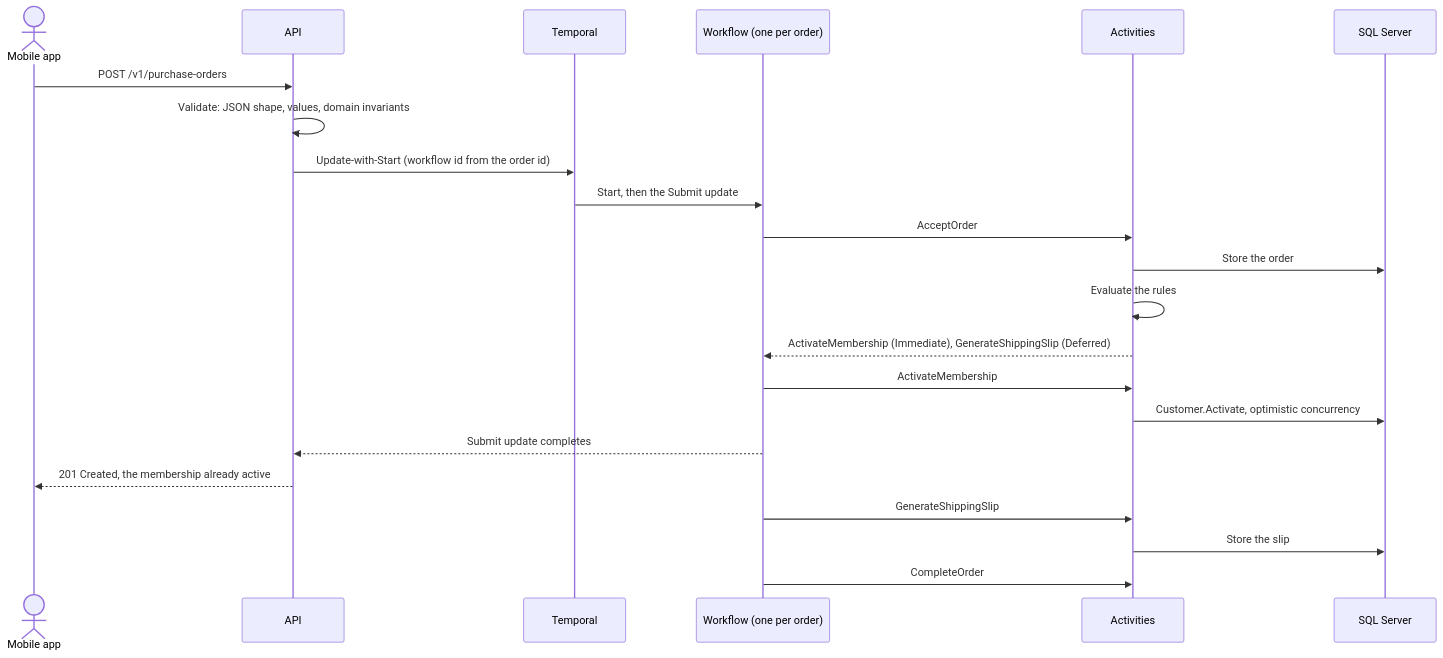
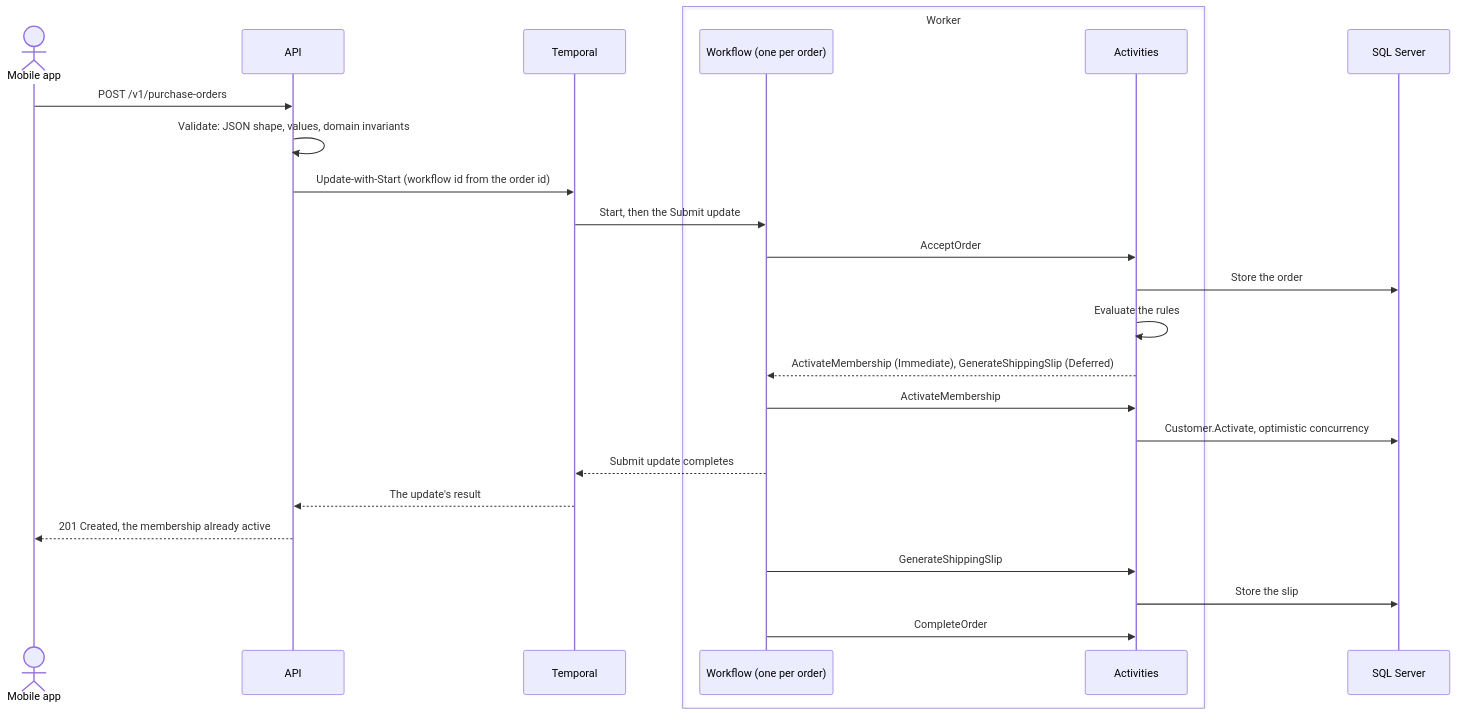
One commit to RemusDutulescu/fbv-kata changed the diagram in README.md. Above: the diagram before and after it, drawn with Mermaid. The commit also changed other lines of this file and 10 other files, not shown here.

````diff
--- a/README.md
+++ b/README.md
@@ -52,25 +72,28 @@
 ```mermaid
 sequenceDiagram
     actor Client as Mobile app
     participant API
     participant Temporal
-    participant Workflow as Workflow (one per order)
-    participant Activities
+    box Worker
+        participant Workflow as Workflow (one per order)
+        participant Activities
+    end
     participant SQL as SQL Server
 
     Client->>API: POST /v1/purchase-orders
     API->>API: Validate: JSON shape, values, domain invariants
     API->>Temporal: Update-with-Start (workflow id from the order id)
     Temporal->>Workflow: Start, then the Submit update
     Workflow->>Activities: AcceptOrder
     Activities->>SQL: Store the order
     Activities->>Activities: Evaluate the rules
     Activities-->>Workflow: ActivateMembership (Immediate), GenerateShippingSlip (Deferred)
     Workflow->>Activities: ActivateMembership
     Activities->>SQL: Customer.Activate, optimistic concurrency
-    Workflow-->>API: Submit update completes
+    Workflow-->>Temporal: Submit update completes
+    Temporal-->>API: The update's result
     API-->>Client: 201 Created, the membership already active
     Workflow->>Activities: GenerateShippingSlip
     Activities->>SQL: Store the slip
     Workflow->>Activities: CompleteOrder
 ```
````
